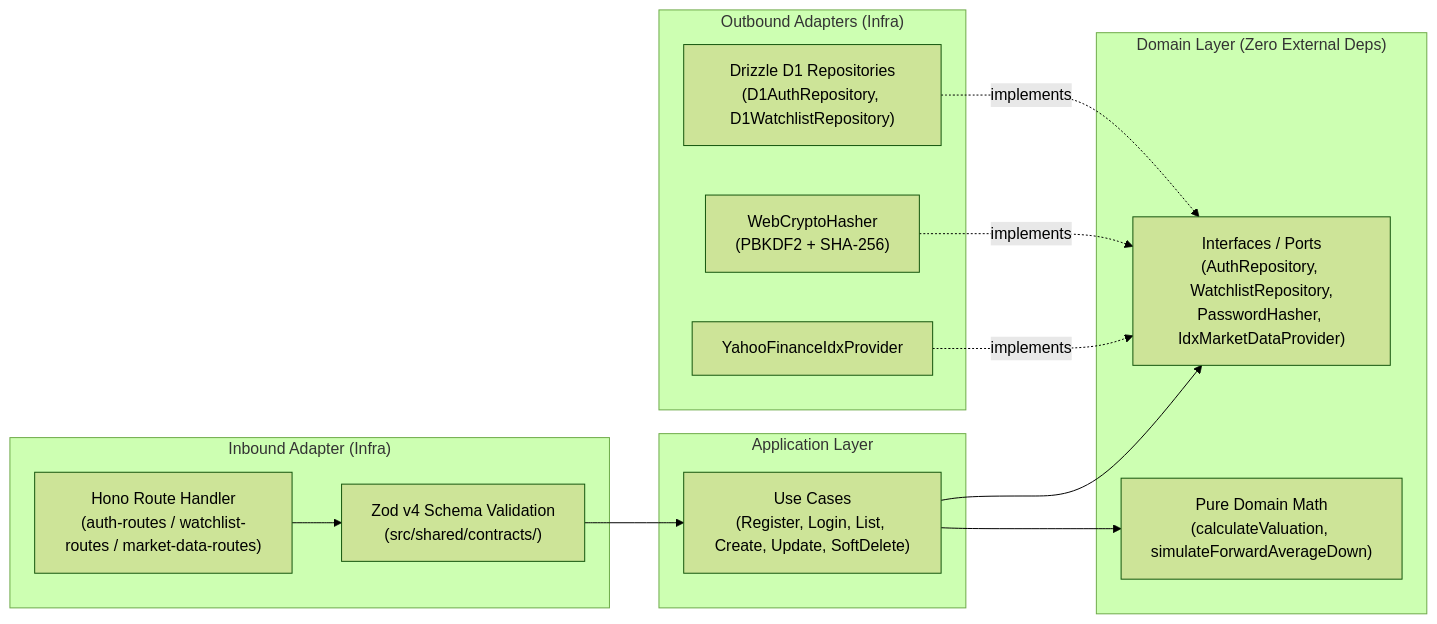
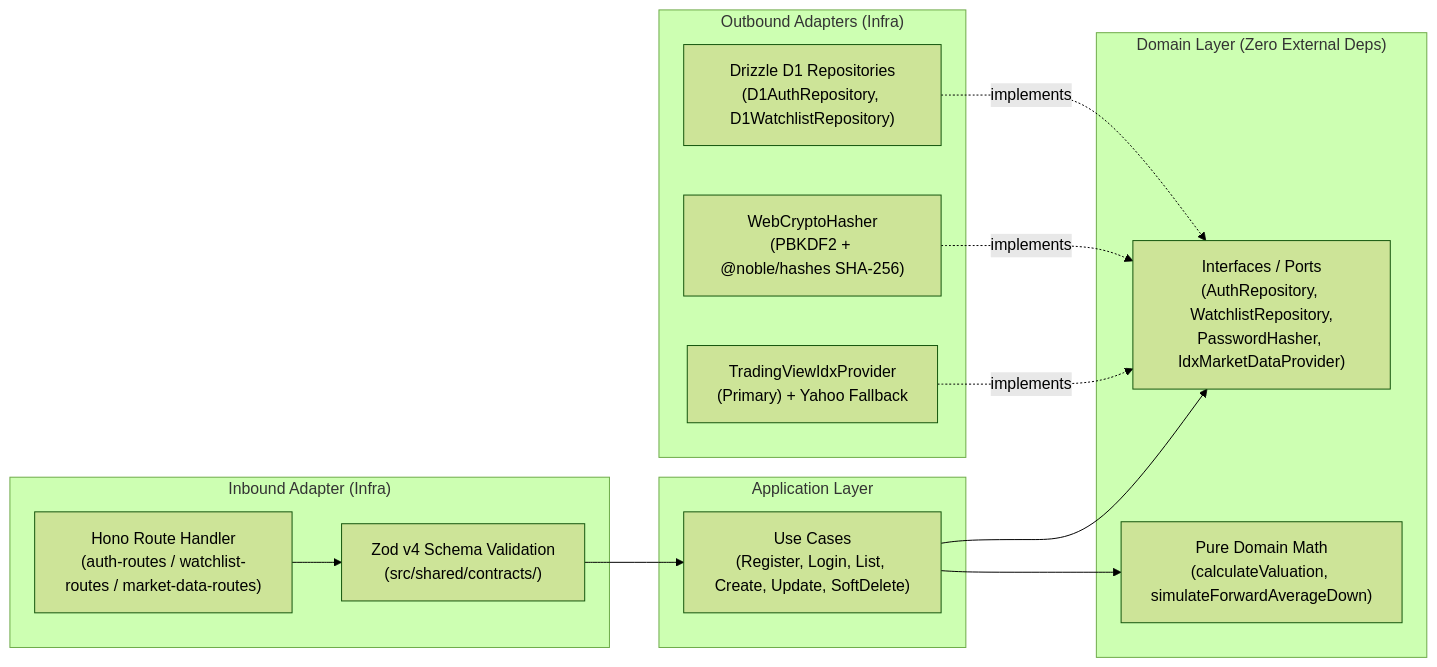
Before and after one commit to charlybutar21/stock-mate-v2: the second of 5 diagrams in README.md, drawn with Mermaid (forest theme). The commit also changed other lines of this file, not shown here.

Commit message:
docs(readme): fix Mermaid sequenceDiagram render error & sync latest architecture/features

````diff
--- a/README.md
+++ b/README.md
@@ -116,29 +117,29 @@
 ```mermaid
 flowchart LR
     subgraph Inbound["Inbound Adapter (Infra)"]
         Route["Hono Route Handler<br/>(auth-routes / watchlist-routes / market-data-routes)"]
         Zod["Zod v4 Schema Validation<br/>(src/shared/contracts/)"]
     end
 
     subgraph App["Application Layer"]
         UC["Use Cases<br/>(Register, Login, List, Create, Update, SoftDelete)"]
     end
 
     subgraph Domain["Domain Layer (Zero External Deps)"]
         Port["Interfaces / Ports<br/>(AuthRepository, WatchlistRepository,<br/>PasswordHasher, IdxMarketDataProvider)"]
         Math["Pure Domain Math<br/>(calculateValuation, simulateForwardAverageDown)"]
     end
 
     subgraph Outbound["Outbound Adapters (Infra)"]
         D1Repo["Drizzle D1 Repositories<br/>(D1AuthRepository, D1WatchlistRepository)"]
-        Crypto["WebCryptoHasher<br/>(PBKDF2 + SHA-256)"]
-        YahooAdapter["YahooFinanceIdxProvider"]
+        Crypto["WebCryptoHasher<br/>(PBKDF2 + @noble/hashes SHA-256)"]
+        MarketAdapter["TradingViewIdxProvider<br/>(Primary) + Yahoo Fallback"]
     end
 
     Route --> Zod --> UC
     UC --> Port
     UC --> Math
     D1Repo -.->|implements| Port
     Crypto -.->|implements| Port
-    YahooAdapter -.->|implements| Port
+    MarketAdapter -.->|implements| Port
 ```
````
